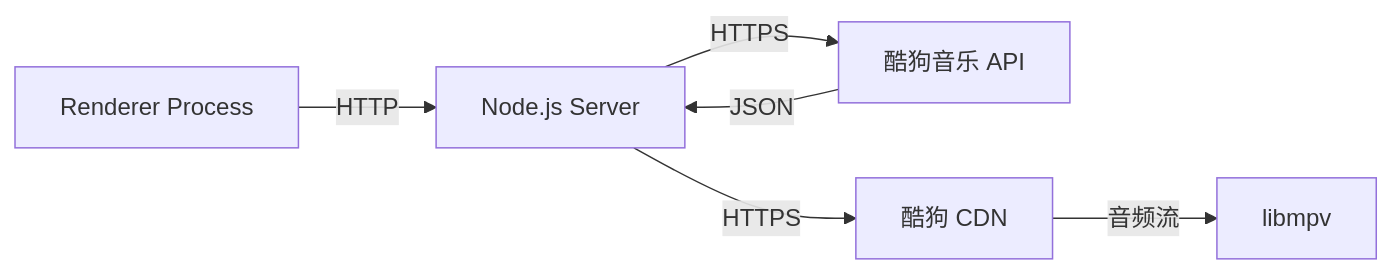
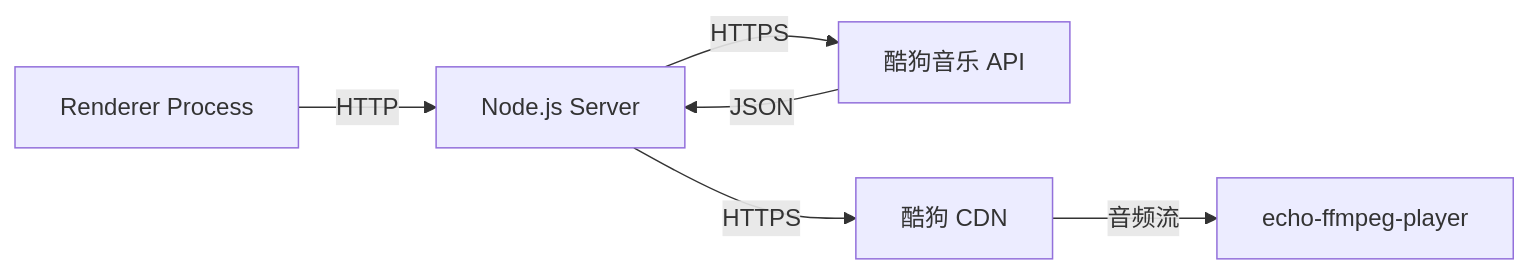
One commit to yaoyaoprincess/EchoMusic-docs changed the third of 4 diagrams in docs/develop/architecture.md. Above: the diagram before and after it, drawn with Mermaid. The commit also changed other lines of this file and 40 other files, not shown here.

````diff
--- a/docs/develop/architecture.md
+++ b/docs/develop/architecture.md
@@ -101,8 +102,8 @@
 ```mermaid
 graph LR
     A[Renderer Process] -->|HTTP| B[Node.js Server]
     B -->|HTTPS| C[酷狗音乐 API]
     B -->|HTTPS| D[酷狗 CDN]
     C -->|JSON| B
-    D -->|音频流| E[libmpv]
+    D -->|音频流| E[echo-ffmpeg-player]
 ```
````
